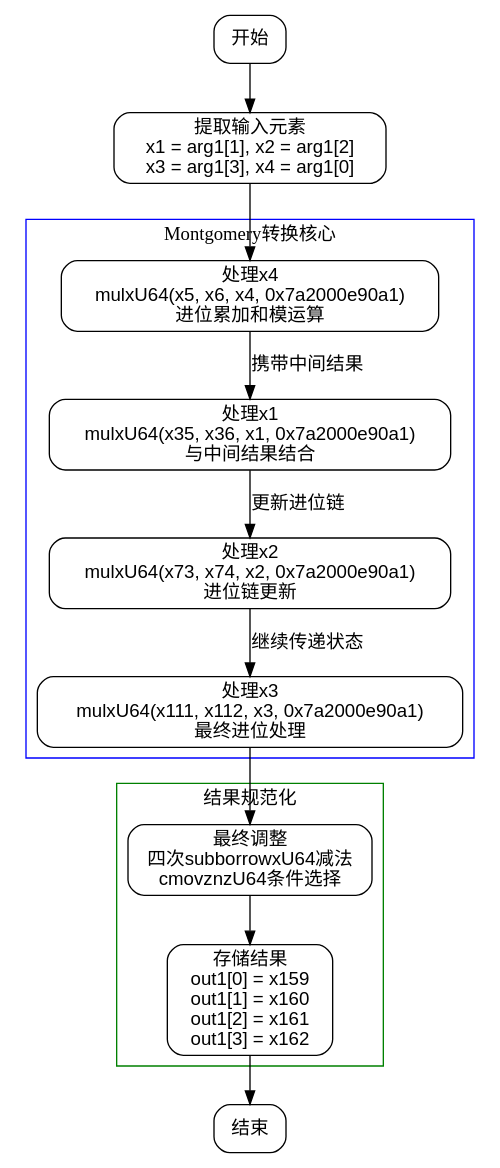
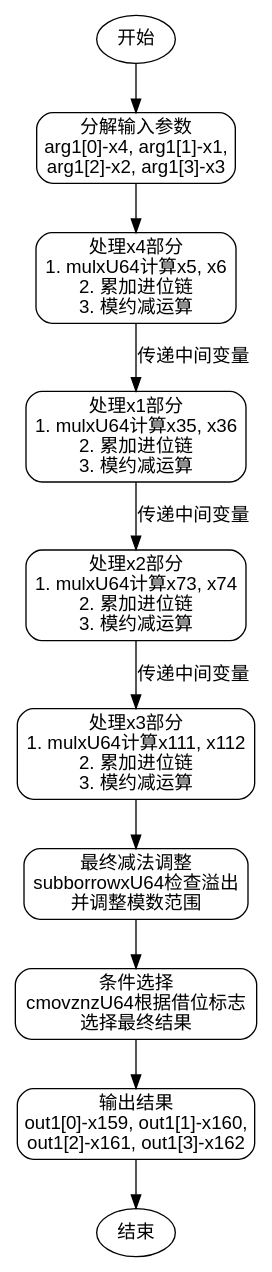
Before and after one commit to sdzx-1/deepseek-zig-reader: the diagram in dot_std/crypto/pcurves/secp256k1/secp256k1_64.zig.toMontgomery.md, drawn with Graphviz. The commit also changed other lines of this file and 236 other files, not shown here.

````diff
--- a/dot_std/crypto/pcurves/secp256k1/secp256k1_64.zig.toMontgomery.md
+++ b/dot_std/crypto/pcurves/secp256k1/secp256k1_64.zig.toMontgomery.md
@@ -37,37 +46,28 @@
 ```dot
-digraph flowchart {
-    node [shape=rectangle, style="rounded", fontname="Helvetica"];
-    edge [fontname="Helvetica"];
+digraph toMontgomeryFlow {
+    rankdir=TB;
+    node [shape=rectangle, style="rounded", fontname="Arial"];
 
-    start [label="开始"];
-    extract_input [label="提取输入元素\nx1 = arg1[1], x2 = arg1[2]\nx3 = arg1[3], x4 = arg1[0]"];
-    process_x4 [label="处理x4\nmulxU64(x5, x6, x4, 0x7a2000e90a1)\n进位累加和模运算"];
-    process_x1 [label="处理x1\nmulxU64(x35, x36, x1, 0x7a2000e90a1)\n与中间结果结合"];
-    process_x2 [label="处理x2\nmulxU64(x73, x74, x2, 0x7a2000e90a1)\n进位链更新"];
-    process_x3 [label="处理x3\nmulxU64(x111, x112, x3, 0x7a2000e90a1)\n最终进位处理"];
-    final_adjust [label="最终调整\n四次subborrowxU64减法\ncmovznzU64条件选择"];
-    output [label="存储结果\nout1[0] = x159\nout1[1] = x160\nout1[2] = x161\nout1[3] = x162"];
-    end [label="结束"];
+    start [label="开始", shape=ellipse];
+    end [label="结束", shape=ellipse];
 
-    start -> extract_input;
-    extract_input -> process_x4;
-    process_x4 -> process_x1 [label="携带中间结果"];
-    process_x1 -> process_x2 [label="更新进位链"];
-    process_x2 -> process_x3 [label="继续传递状态"];
-    process_x3 -> final_adjust;
-    final_adjust -> output;
+    decompose_input [label="分解输入参数\narg1[0]-x4, arg1[1]-x1,\narg1[2]-x2, arg1[3]-x3"];
+    process_x4 [label="处理x4部分\n1. mulxU64计算x5, x6\n2. 累加进位链\n3. 模约减运算"];
+    process_x1 [label="处理x1部分\n1. mulxU64计算x35, x36\n2. 累加进位链\n3. 模约减运算"];
+    process_x2 [label="处理x2部分\n1. mulxU64计算x73, x74\n2. 累加进位链\n3. 模约减运算"];
+    process_x3 [label="处理x3部分\n1. mulxU64计算x111, x112\n2. 累加进位链\n3. 模约减运算"];
+    final_sub [label="最终减法调整\nsubborrowxU64检查溢出\n并调整模数范围"];
+    cmov_condition [label="条件选择\ncmovznzU64根据借位标志\n选择最终结果"];
+    output [label="输出结果\nout1[0]-x159, out1[1]-x160,\nout1[2]-x161, out1[3]-x162"];
+
+    start -> decompose_input;
+    decompose_input -> process_x4;
+    process_x4 -> process_x1 [label="传递中间变量"];
+    process_x1 -> process_x2 [label="传递中间变量"];
+    process_x2 -> process_x3 [label="传递中间变量"];
+    process_x3 -> final_sub;
+    final_sub -> cmov_condition;
+    cmov_condition -> output;
     output -> end;
-
-    subgraph cluster_montgomery_core {
-        label="Montgomery转换核心";
-        color=blue;
-        process_x4; process_x1; process_x2; process_x3;
-    }
-
-    subgraph cluster_final_steps {
-        label="结果规范化";
-        color=green;
-        final_adjust; output;
-    }
 }
 ```
````
